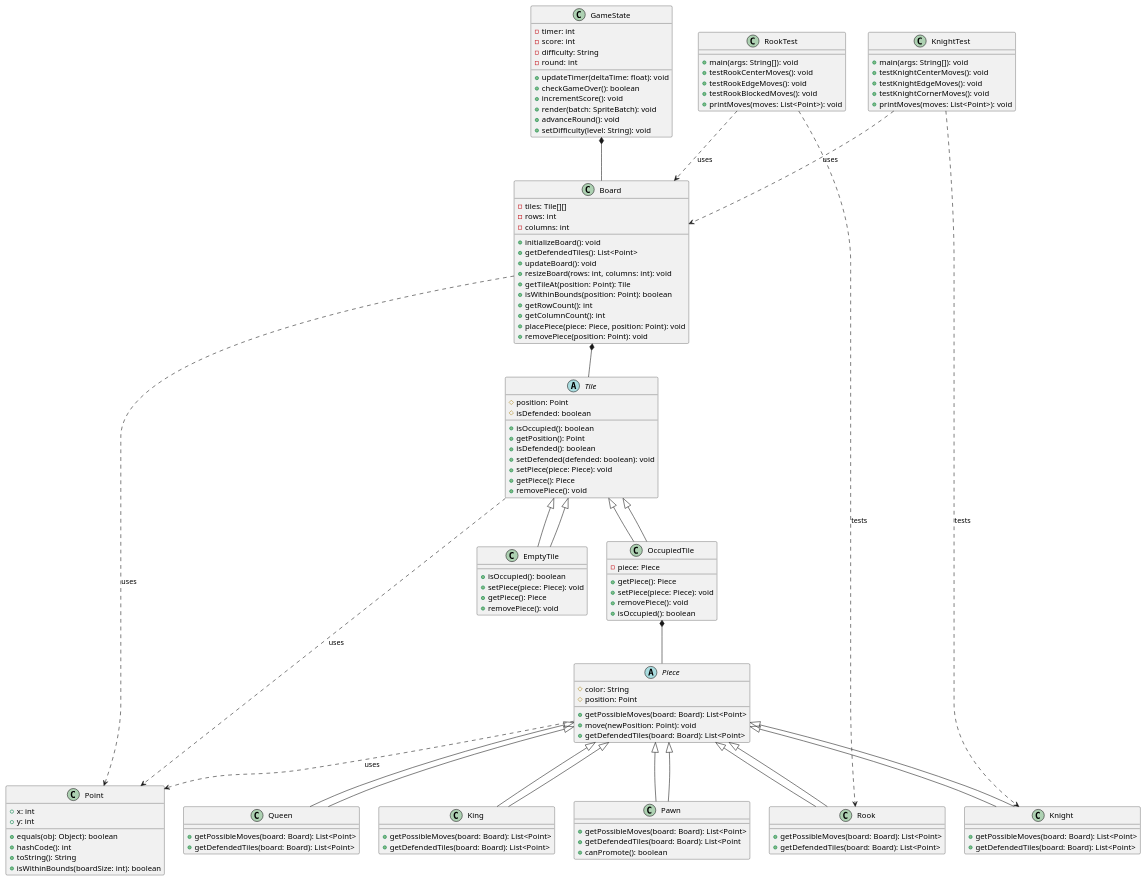
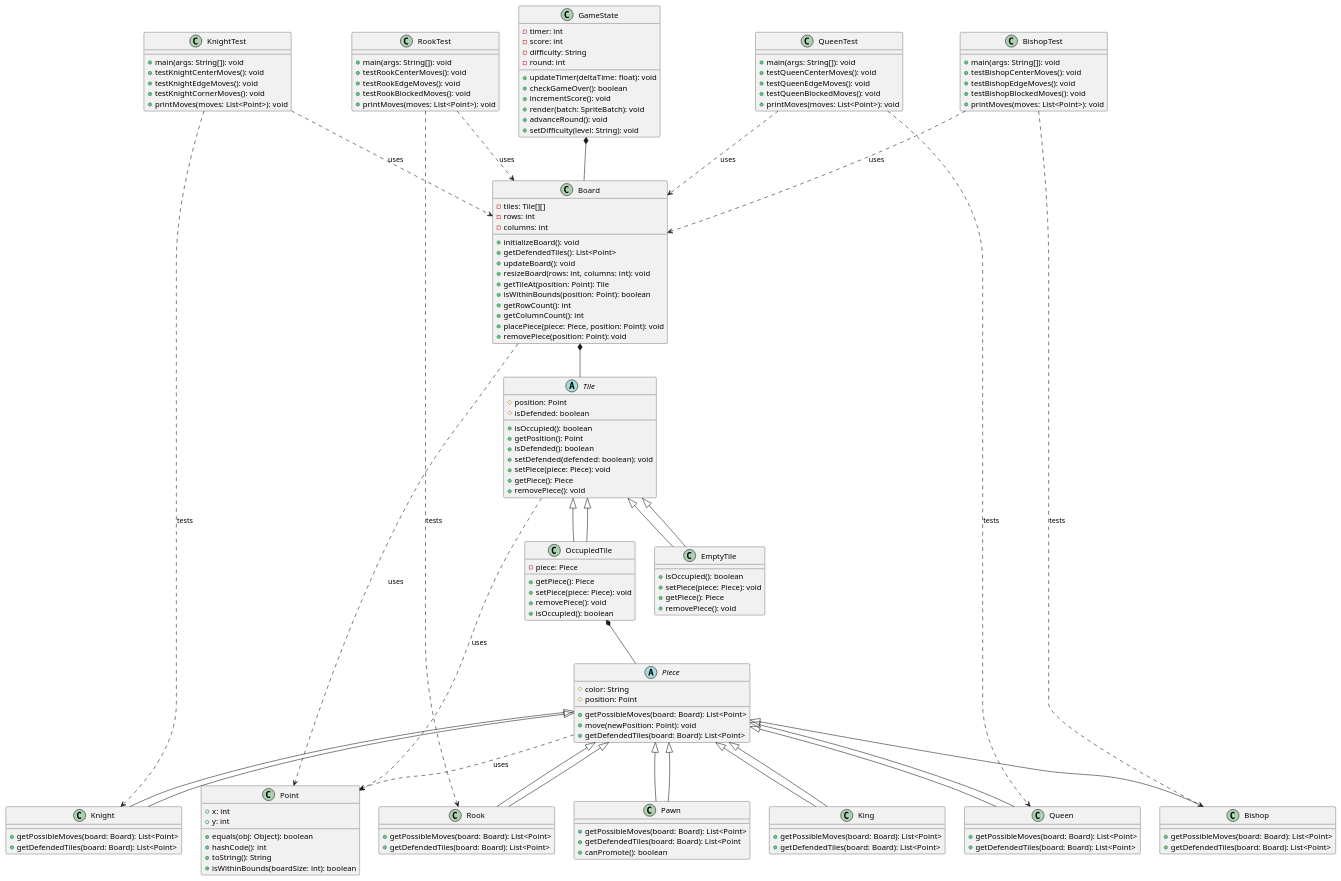
One commit to TerminalGambit/PCOO-projetfinal changed the diagram in UML/SaveTheKing.puml. Above: the diagram before and after it, drawn with PlantUML. The commit also changed 4 other files, not shown here.

```diff
--- a/UML/SaveTheKing.puml
+++ b/UML/SaveTheKing.puml
@@ -1,139 +1,164 @@
 @startuml
 
 class Point {
     +x: int
     +y: int
     +equals(obj: Object): boolean
     +hashCode(): int
     +toString(): String
     +isWithinBounds(boardSize: int): boolean
 }
 
 abstract class Tile {
     #position: Point
     #isDefended: boolean
     +isOccupied(): boolean
     +getPosition(): Point
     +isDefended(): boolean
     +setDefended(defended: boolean): void
     +setPiece(piece: Piece): void
     +getPiece(): Piece
     +removePiece(): void
 }
 
 class EmptyTile extends Tile {
     +isOccupied(): boolean
     +setPiece(piece: Piece): void
     +getPiece(): Piece
     +removePiece(): void
 }
 
 class OccupiedTile extends Tile {
     -piece: Piece
     +getPiece(): Piece
     +setPiece(piece: Piece): void
     +removePiece(): void
     +isOccupied(): boolean
 }
 
 abstract class Piece {
     #color: String
     #position: Point
     +getPossibleMoves(board: Board): List<Point>
     +move(newPosition: Point): void
     +getDefendedTiles(board: Board): List<Point>
 }
 
 class King extends Piece {
     +getPossibleMoves(board: Board): List<Point>
     +getDefendedTiles(board: Board): List<Point>
 }
 
 class Knight extends Piece {
+    +getPossibleMoves(board: Board): List<Point>
+    +getDefendedTiles(board: Board): List<Point>
+}
+
+class Bishop extends Piece {
     +getPossibleMoves(board: Board): List<Point>
     +getDefendedTiles(board: Board): List<Point>
 }
 
 class Rook extends Piece {
     +getPossibleMoves(board: Board): List<Point>
     +getDefendedTiles(board: Board): List<Point>
 }
 
 class Queen extends Piece {
     +getPossibleMoves(board: Board): List<Point>
     +getDefendedTiles(board: Board): List<Point>
 }
 
 class Pawn extends Piece {
     +getPossibleMoves(board: Board): List<Point>
     +getDefendedTiles(board: Board): List<Point
     +canPromote(): boolean
 }
 
 class Board {
     -tiles: Tile[][]
     -rows: int
     -columns: int
     +initializeBoard(): void
     +getDefendedTiles(): List<Point>
     +updateBoard(): void
     +resizeBoard(rows: int, columns: int): void
     +getTileAt(position: Point): Tile
     +isWithinBounds(position: Point): boolean
     +getRowCount(): int
     +getColumnCount(): int
     +placePiece(piece: Piece, position: Point): void
     +removePiece(position: Point): void
 }
 
 class GameState {
     -timer: int
     -score: int
     -difficulty: String
     -round: int
     +updateTimer(deltaTime: float): void
     +checkGameOver(): boolean
     +incrementScore(): void
     +render(batch: SpriteBatch): void
     +advanceRound(): void
     +setDifficulty(level: String): void
 }
 
 class KnightTest {
     +main(args: String[]): void
     +testKnightCenterMoves(): void
     +testKnightEdgeMoves(): void
     +testKnightCornerMoves(): void
     +printMoves(moves: List<Point>): void
 }
 
 class RookTest {
     +main(args: String[]): void
     +testRookCenterMoves(): void
     +testRookEdgeMoves(): void
     +testRookBlockedMoves(): void
     +printMoves(moves: List<Point>): void
 }
 
+class BishopTest {
+    +main(args: String[]): void
+    +testBishopCenterMoves(): void
+    +testBishopEdgeMoves(): void
+    +testBishopBlockedMoves(): void
+    +printMoves(moves: List<Point>): void
+}
+
+class QueenTest {
+    +main(args: String[]): void
+    +testQueenCenterMoves(): void
+    +testQueenEdgeMoves(): void
+    +testQueenBlockedMoves(): void
+    +printMoves(moves: List<Point>): void
+}
+
 Tile <|-- EmptyTile
 Tile <|-- OccupiedTile
 OccupiedTile *-- Piece
 
 Piece <|-- King
 Piece <|-- Knight
 Piece <|-- Rook
 Piece <|-- Queen
 Piece <|-- Pawn
 
 Board *-- Tile
 GameState *-- Board
 KnightTest ..> Knight : tests
 KnightTest ..> Board : uses
 RookTest ..> Rook : tests
 RookTest ..> Board : uses
+BishopTest ..> Bishop : tests
+BishopTest ..> Board : uses
+QueenTest ..> Queen : tests
+QueenTest ..> Board : uses
 
 Tile ..> Point : uses
 Piece ..> Point : uses
 Board ..> Point : uses
 
 @enduml
```
